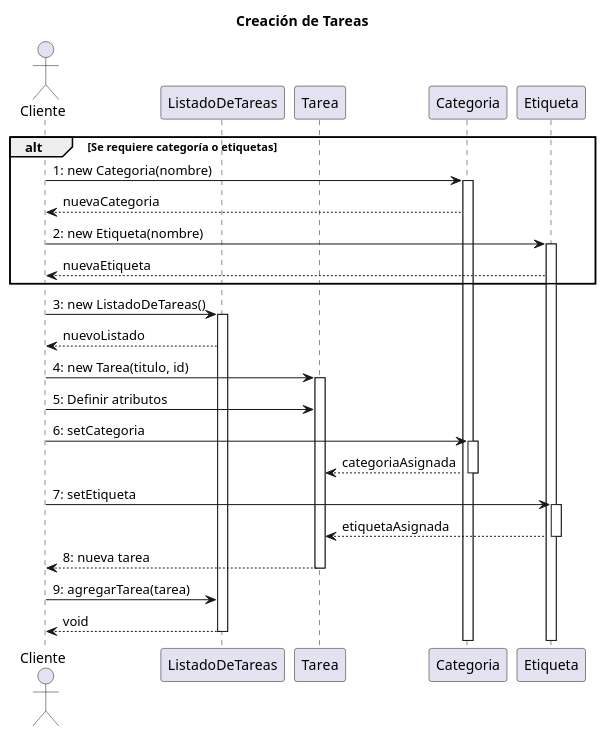
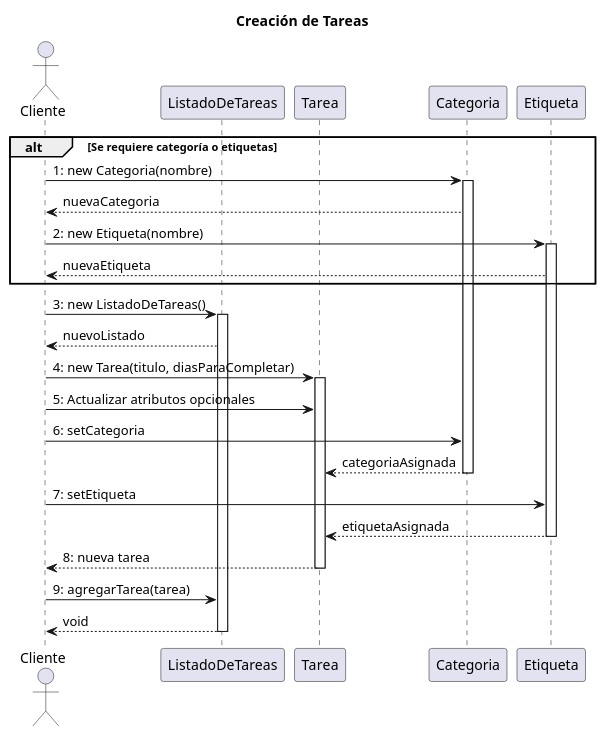
Before and after one commit to FrancisLuna/ToDo-POO-Grupo-9: the diagram in Diagrama/diagramaSecuenciaGeneracionListTareas.puml, drawn with PlantUML. The commit also changed 6 other files, not shown here.

```diff
--- a/Diagrama/diagramaSecuenciaGeneracionListTareas.puml
+++ b/Diagrama/diagramaSecuenciaGeneracionListTareas.puml
@@ -1,36 +1,36 @@
 @startuml
 title Creación de Tareas
 
 actor Cliente
 participant "ListadoDeTareas" as listado
 participant "Tarea" as tarea
 participant "Categoria" as categoria
 participant "Etiqueta" as etiqueta
 
 alt Se requiere categoría o etiquetas
   Cliente -> categoria ++: 1: new Categoria(nombre)
   categoria --> Cliente: nuevaCategoria
 
   Cliente -> etiqueta ++: 2: new Etiqueta(nombre)
   etiqueta --> Cliente: nuevaEtiqueta
 end
 
 Cliente -> listado ++: 3: new ListadoDeTareas()
 listado --> Cliente: nuevoListado
 
-Cliente -> tarea ++: 4: new Tarea(titulo, id)
+Cliente -> tarea ++: 4: new Tarea(titulo, diasParaCompletar)
 
-Cliente -> tarea: 5: Definir atributos
-Cliente -> categoria ++: 6: setCategoria
+Cliente -> tarea: 5: Actualizar atributos opcionales
+Cliente -> categoria: 6: setCategoria
 categoria --> tarea: categoriaAsignada
 deactivate categoria
 
-Cliente -> etiqueta ++: 7: setEtiqueta
+Cliente -> etiqueta: 7: setEtiqueta
 etiqueta --> tarea: etiquetaAsignada
 deactivate etiqueta
 
 tarea --> Cliente --: 8: nueva tarea
 
 Cliente -> listado: 9: agregarTarea(tarea)
 listado --> Cliente --: void
 @enduml
```
